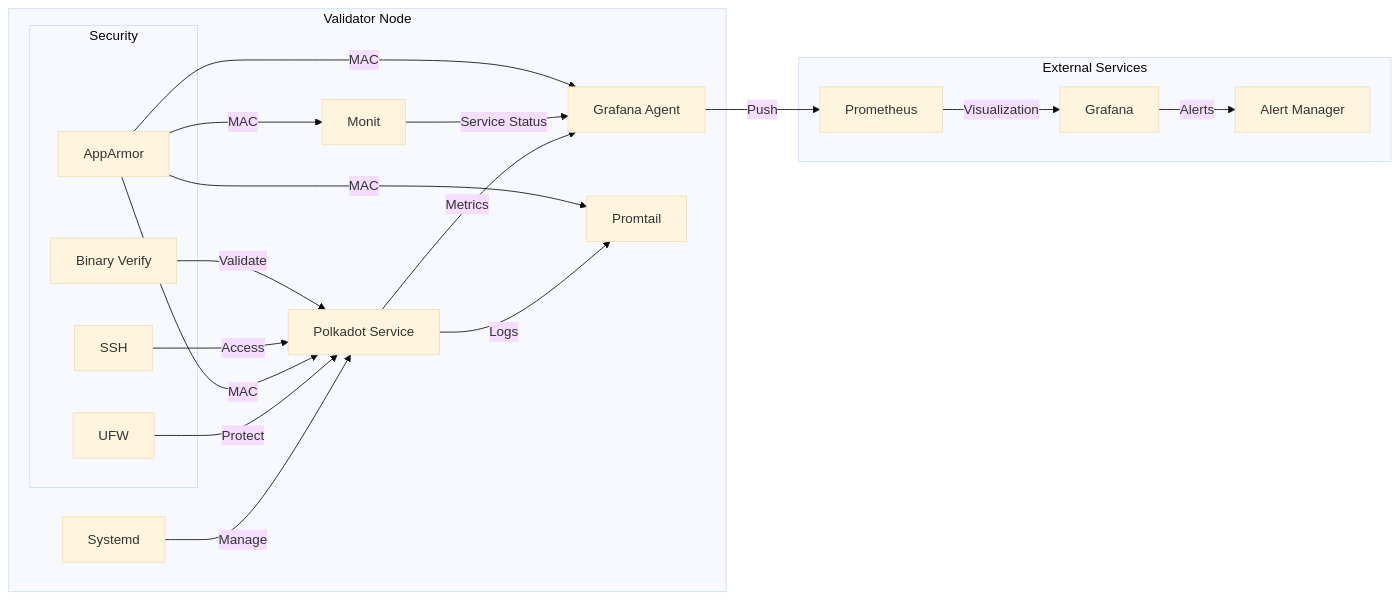
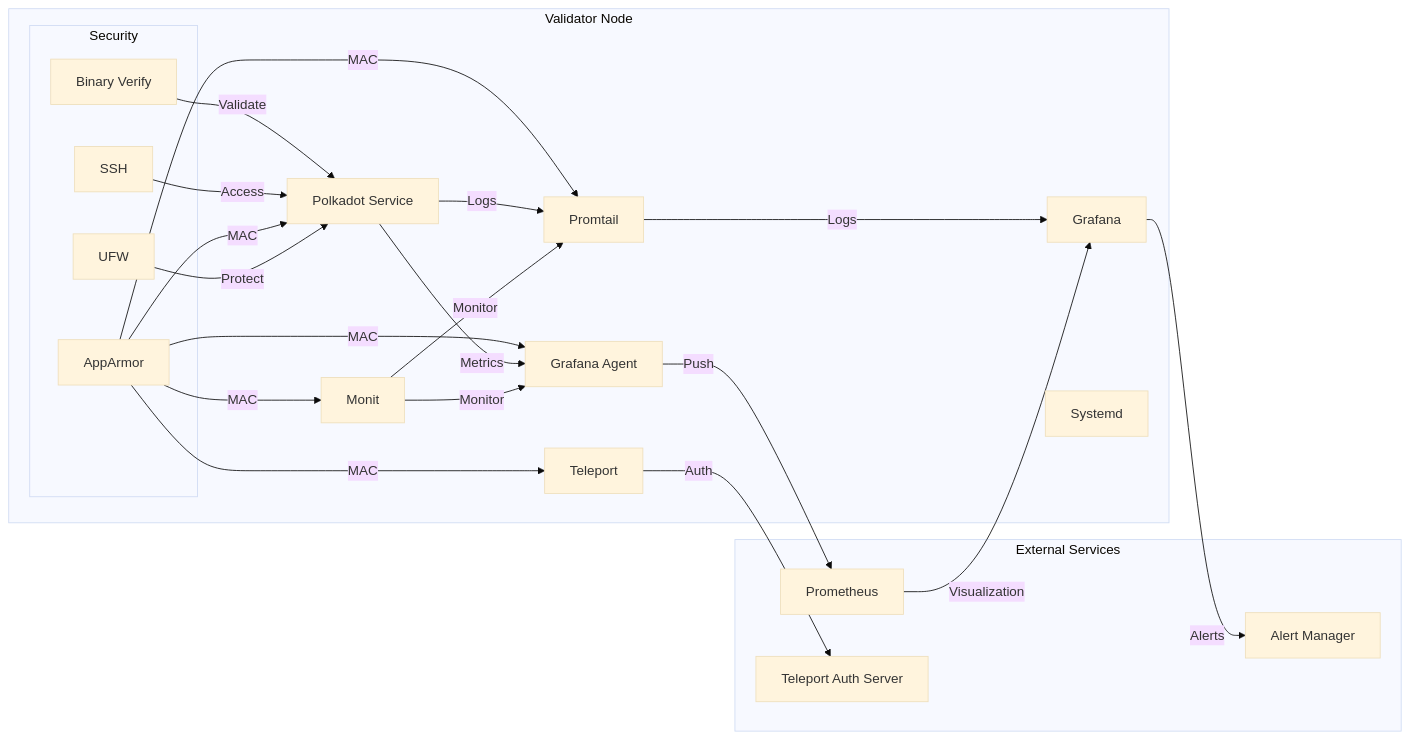
The second of 2 diagrams in roles/polkadot/README.md (pampatzoglou/provision-validators), drawn with Mermaid (base theme) before and after one commit. The commit also changed other lines of this file and 2 other files, not shown here.

Commit message:
update README files

````diff
--- a/roles/polkadot/README.md
+++ b/roles/polkadot/README.md
@@ -40,39 +45,42 @@
 ```mermaid
 graph LR
     subgraph Validator Node
         A[Polkadot Service]
         B[Grafana Agent]
-        C[Promtail]
-        D[Monit]
+        C[Promtail] --> |Logs| K[Grafana]
+        D[Monit] --> |Monitor| B
+        D --> |Monitor| C
         E[Systemd]
+        T[Teleport]
         
         subgraph Security
             F[UFW]
             G[AppArmor]
             H[SSH]
             I[Binary Verify]
         end
     end
 
     subgraph External Services
         J[Prometheus]
         K[Grafana]
         L[Alert Manager]
+        M[Teleport Auth Server]
     end
 
     A --> |Metrics| B
     A --> |Logs| C
-    D --> |Service Status| B
-    E --> |Manage| A
     B --> |Push| J
     J --> |Visualization| K
     K --> |Alerts| L
+    T --> |Auth| M
 
     F --> |Protect| A
     G --> |MAC| A
     G --> |MAC| B
     G --> |MAC| C
     G --> |MAC| D
+    G --> |MAC| T
     H --> |Access| A
     I --> |Validate| A
 ```
````
